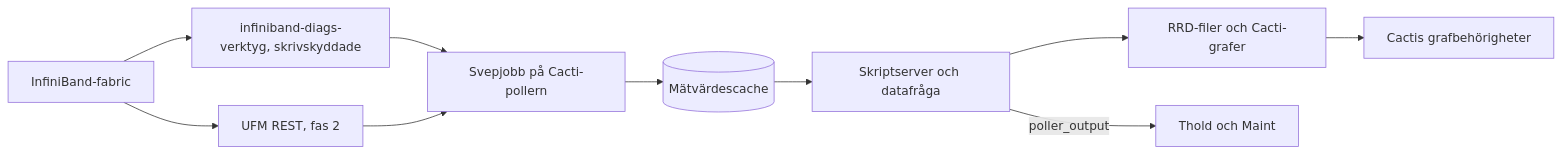
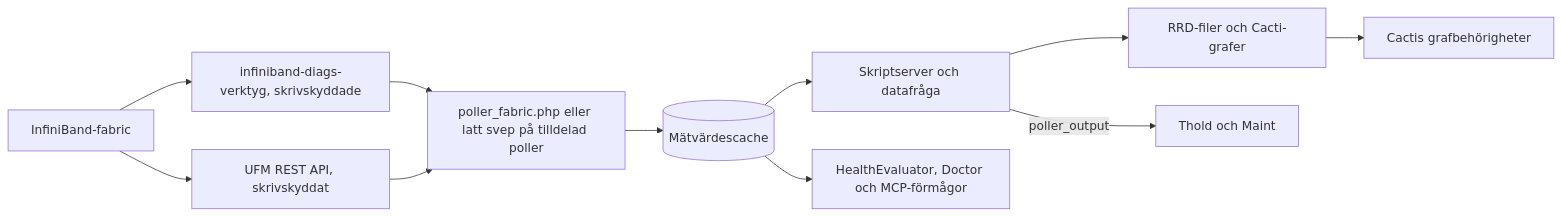
Before and after one commit to somethingwithproof/plugin_fabric: the diagram in docs/i18n/sv-SE/README.md, drawn with Mermaid. The commit also changed other lines of this file and 48 other files, not shown here.

````diff
--- a/docs/i18n/sv-SE/README.md
+++ b/docs/i18n/sv-SE/README.md
@@ -92,12 +132,13 @@
 ```mermaid
 flowchart LR
     F[InfiniBand-fabric] --> T[infiniband-diags-verktyg, skrivskyddade]
-    F --> U[UFM REST, fas 2]
-    T --> S[Svepjobb på Cacti-pollern]
+    F --> U[UFM REST API, skrivskyddat]
+    T --> S[poller_fabric.php eller latt svep på tilldelad poller]
     U --> S
     S --> C[(Mätvärdescache)]
     C --> SS[Skriptserver och datafråga]
     SS --> R[RRD-filer och Cacti-grafer]
     SS -->|poller_output| TH[Thold och Maint]
+    C --> H[HealthEvaluator, Doctor och MCP-förmågor]
     R --> P[Cactis grafbehörigheter]
 ```
````
